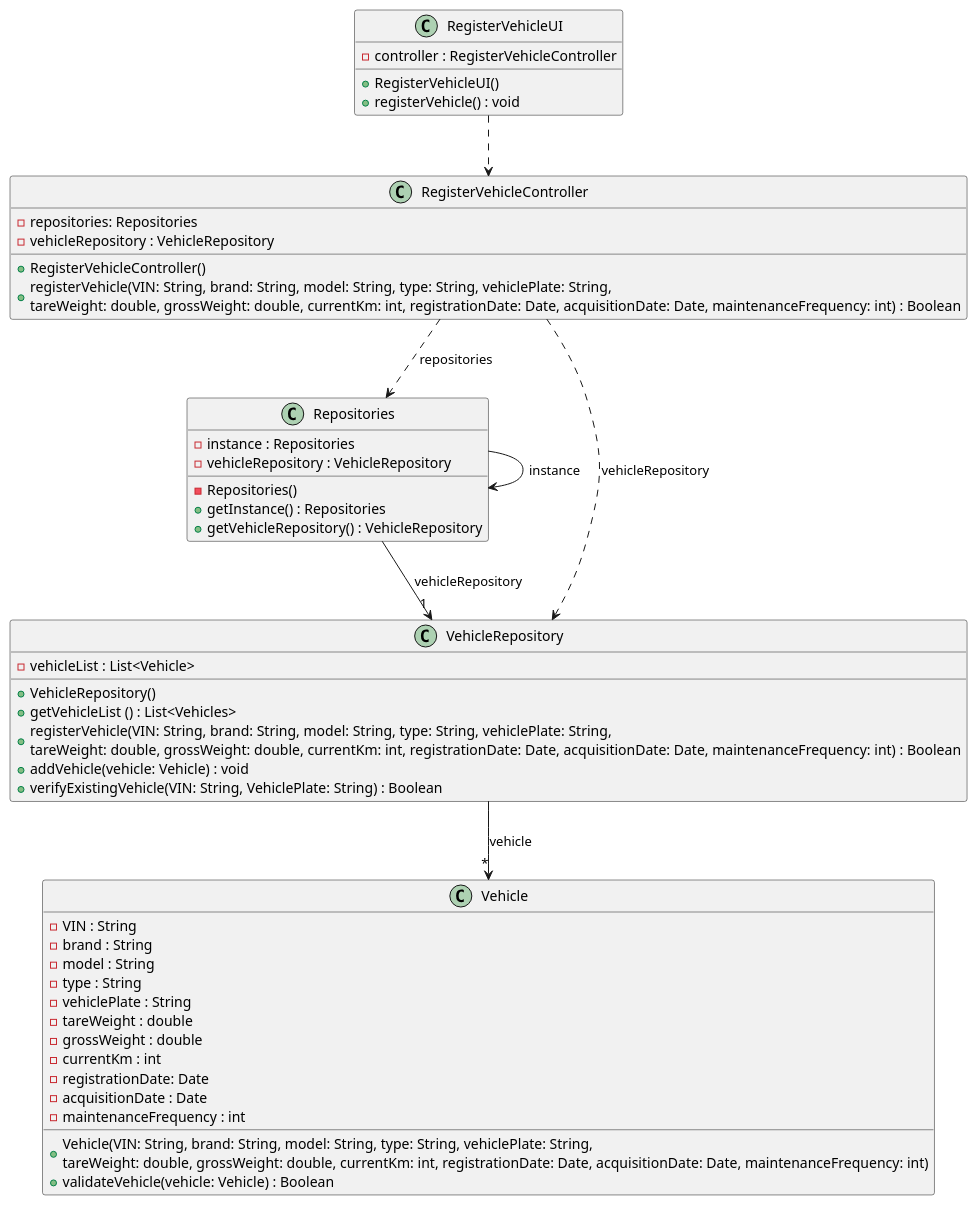
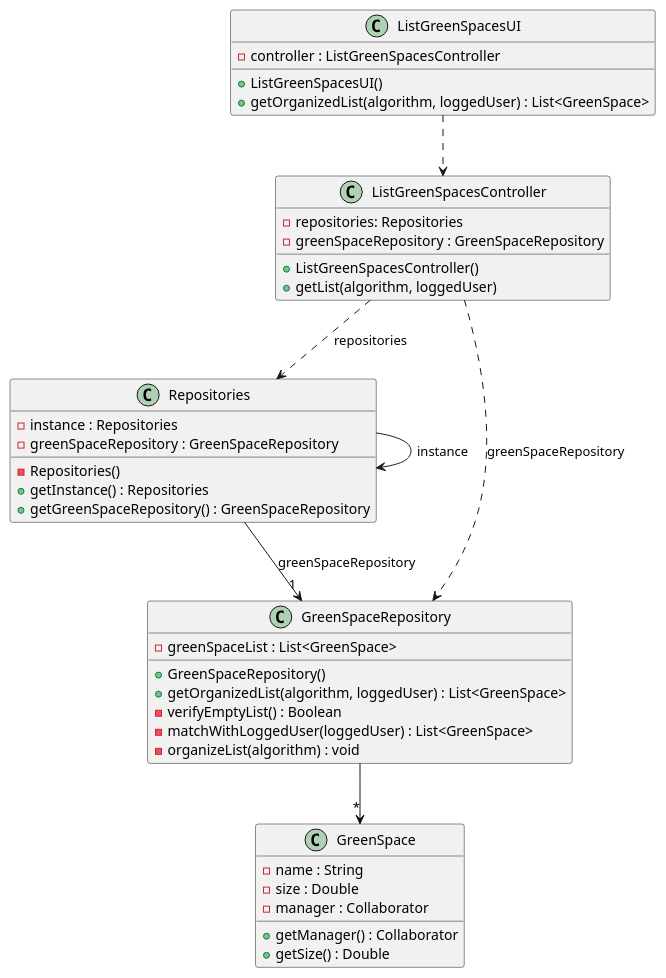
The diagram in docs/sprintC/us027/03.design/puml/us027-class-diagram.puml (ricardomm7/leaflink), drawn with PlantUML before and after one commit. The commit also changed 11 other files, not shown here.

```diff
--- a/docs/sprintC/us027/03.design/puml/us027-class-diagram.puml
+++ b/docs/sprintC/us027/03.design/puml/us027-class-diagram.puml
@@ -1,63 +1,53 @@
 @startuml
 skinparam shadowing false
 skinparam line type polyline
 
 'left to right direction
 
-    class RegisterVehicleUI {
-        - controller : RegisterVehicleController
-        + RegisterVehicleUI()
-        + registerVehicle() : void
+    class ListGreenSpacesUI {
+        - controller : ListGreenSpacesController
+        + ListGreenSpacesUI()
+        + getOrganizedList(algorithm, loggedUser) : List<GreenSpace>
     }
 
-    class RegisterVehicleController {
+    class ListGreenSpacesController {
         - repositories: Repositories
-        - vehicleRepository : VehicleRepository
+        - greenSpaceRepository : GreenSpaceRepository
 
-        + RegisterVehicleController()
-        + registerVehicle(VIN: String, brand: String, model: String, type: String, vehiclePlate: String, \ntareWeight: double, grossWeight: double, currentKm: int, registrationDate: Date, acquisitionDate: Date, maintenanceFrequency: int) : Boolean
+        + ListGreenSpacesController()
+        +getList(algorithm, loggedUser)
     }
 
     class Repositories {
         - instance : Repositories
-        - vehicleRepository : VehicleRepository
+        - greenSpaceRepository : GreenSpaceRepository
         - Repositories()
         + getInstance() : Repositories
-        + getVehicleRepository() : VehicleRepository
+        + getGreenSpaceRepository() : GreenSpaceRepository
     }
 
-    class VehicleRepository {
-        - vehicleList : List<Vehicle>
-
-        + VehicleRepository()
-        + getVehicleList () : List<Vehicles>
-        + registerVehicle(VIN: String, brand: String, model: String, type: String, vehiclePlate: String, \ntareWeight: double, grossWeight: double, currentKm: int, registrationDate: Date, acquisitionDate: Date, maintenanceFrequency: int) : Boolean
-        + addVehicle(vehicle: Vehicle) : void
-        + verifyExistingVehicle(VIN: String, VehiclePlate: String) : Boolean
+    class GreenSpaceRepository {
+        - greenSpaceList : List<GreenSpace>
+        + GreenSpaceRepository()
+        + getOrganizedList(algorithm, loggedUser) : List<GreenSpace>
+        - verifyEmptyList() : Boolean
+        - matchWithLoggedUser(loggedUser) : List<GreenSpace>
+        - organizeList(algorithm) : void
     }
 
-    class Vehicle {
-        - VIN : String
-        - brand : String
-        - model : String
-        - type : String
-        - vehiclePlate : String
-        - tareWeight : double
-        - grossWeight : double
-        - currentKm : int
-        - registrationDate: Date
-        - acquisitionDate : Date
-        - maintenanceFrequency : int
-
-        + Vehicle(VIN: String, brand: String, model: String, type: String, vehiclePlate: String, \ntareWeight: double, grossWeight: double, currentKm: int, registrationDate: Date, acquisitionDate: Date, maintenanceFrequency: int)
-        + validateVehicle(vehicle: Vehicle) : Boolean
+    class GreenSpace {
+        - name : String
+        - size : Double
+        - manager : Collaborator
+        + getManager() : Collaborator
+        + getSize() : Double
     }
 
-RegisterVehicleUI ..> RegisterVehicleController
-RegisterVehicleController ..> Repositories: repositories
+ListGreenSpacesUI ..> ListGreenSpacesController
+ListGreenSpacesController ..> Repositories: repositories
 Repositories --> Repositories: instance
-RegisterVehicleController ..> VehicleRepository: vehicleRepository
-Repositories --> "1"VehicleRepository: vehicleRepository
-VehicleRepository -->"*" Vehicle: vehicle
+ListGreenSpacesController ..> GreenSpaceRepository: greenSpaceRepository
+Repositories --> "1"GreenSpaceRepository: greenSpaceRepository
+GreenSpaceRepository -->"*" GreenSpace
 
 @enduml
```
